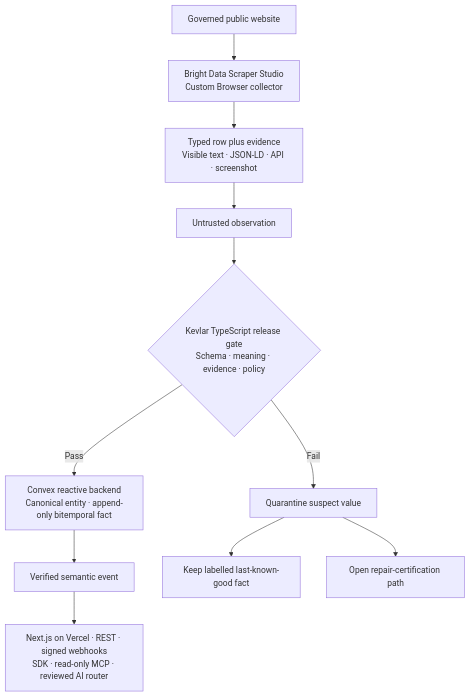
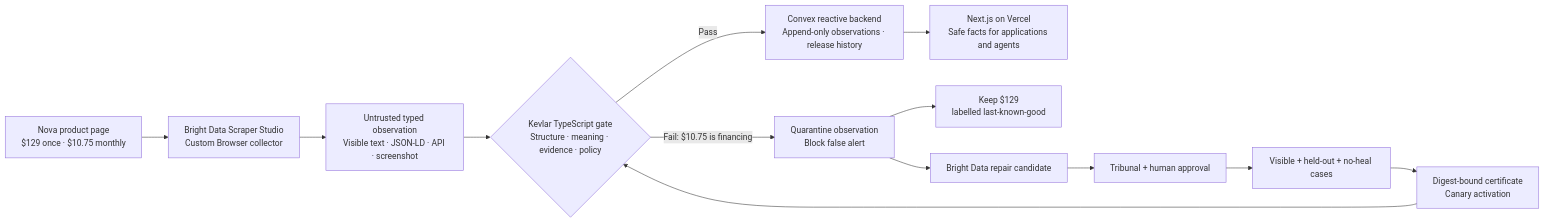
The diagram in demo.md (Avinash1286/kevlar), drawn with Mermaid before and after one commit. The commit also changed other lines of this file, not shown here.

Commit message:
docs: rewrite demo as live Nova walkthrough

````diff
--- a/demo.md
+++ b/demo.md
@@ -21,15 +19,17 @@
 ```mermaid
-flowchart TB
-  SOURCE["Governed public website"] --> BD["Bright Data Scraper Studio<br/>Custom Browser collector"]
-  BD --> CAPTURE["Typed row plus evidence<br/>Visible text · JSON-LD · API · screenshot"]
-  CAPTURE --> UNTRUSTED["Untrusted observation"]
-  UNTRUSTED --> GATE{"Kevlar TypeScript release gate<br/>Schema · meaning · evidence · policy"}
+flowchart LR
+  PAGE["Nova product page<br/>$129 once · $10.75 monthly"] --> BD["Bright Data Scraper Studio<br/>Custom Browser collector"]
+  BD --> OBS["Untrusted typed observation<br/>Visible text · JSON-LD · API · screenshot"]
+  OBS --> GATE{"Kevlar TypeScript gate<br/>Structure · meaning · evidence · policy"}
 
-  GATE -->|"Pass"| INTEL["Convex reactive backend<br/>Canonical entity · append-only bitemporal fact"]
-  INTEL --> EVENT["Verified semantic event"]
-  EVENT --> CONSUMERS["Next.js on Vercel · REST · signed webhooks<br/>SDK · read-only MCP · reviewed AI router"]
+  GATE -->|"Pass"| CONVEX["Convex reactive backend<br/>Append-only observations · release history"]
+  CONVEX --> PRODUCT["Next.js on Vercel<br/>Safe facts for applications and agents"]
 
-  GATE -->|"Fail"| QUARANTINE["Quarantine suspect value"]
-  QUARANTINE --> LKG["Keep labelled last-known-good fact"]
-  QUARANTINE --> REPAIR["Open repair-certification path"]
+  GATE -->|"Fail: $10.75 is financing"| QUARANTINE["Quarantine observation<br/>Block false alert"]
+  QUARANTINE --> LKG["Keep $129<br/>labelled last-known-good"]
+  QUARANTINE --> REPAIR["Bright Data repair candidate"]
+  REPAIR --> REVIEW["Tribunal + human approval"]
+  REVIEW --> TEST["Visible + held-out + no-heal cases"]
+  TEST --> CERT["Digest-bound certificate<br/>Canary activation"]
+  CERT --> GATE
 ```
````
